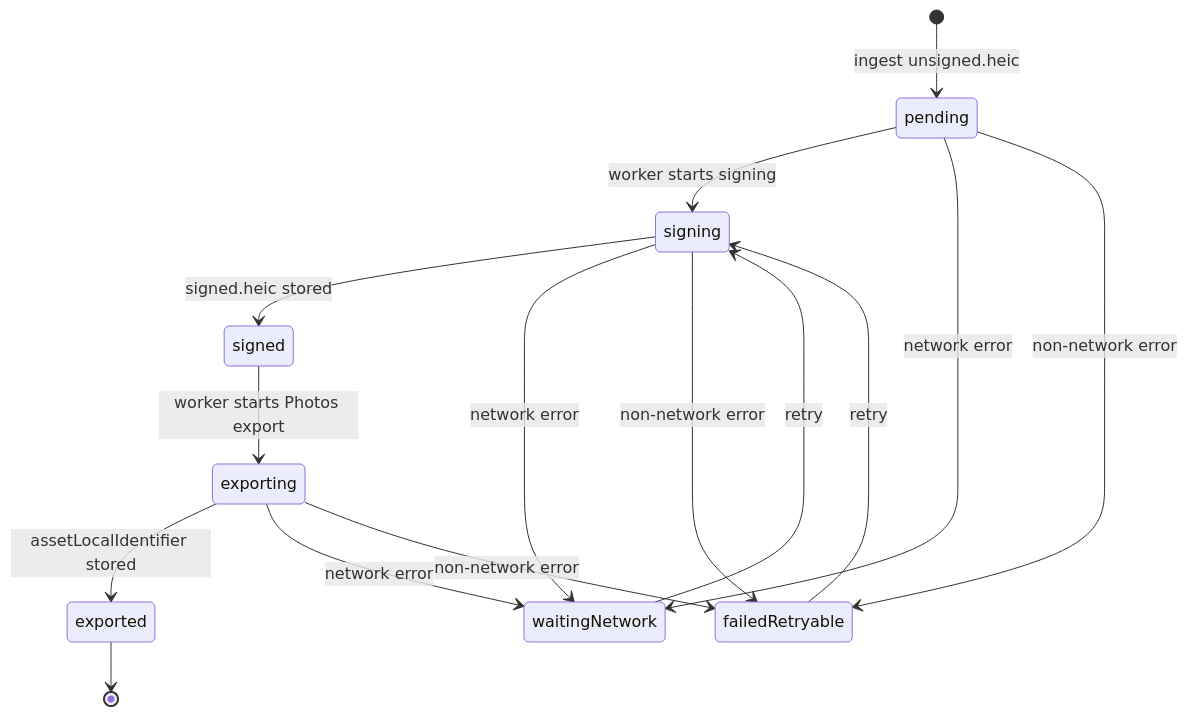
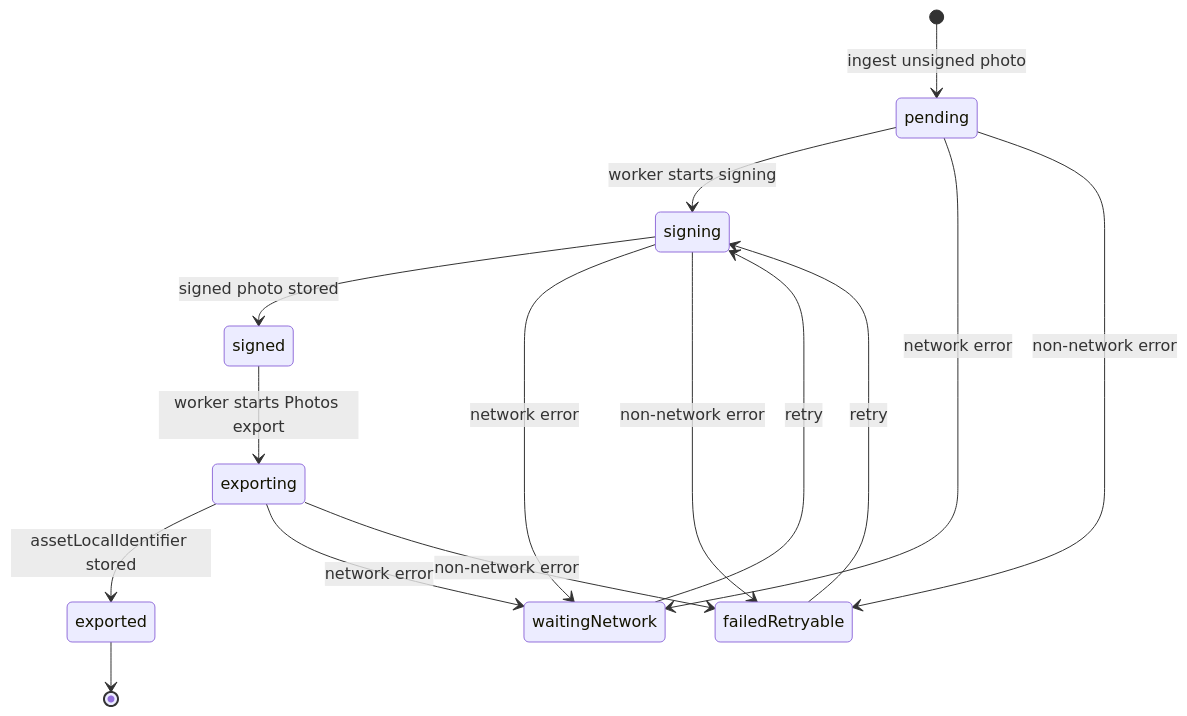
The second of 3 diagrams in TAPCamDemo/TAPLibrary/README.md (TAP-NAP/TAPCamDemo), drawn with Mermaid before and after one commit. The commit also changed other lines of this file and 75 other files, not shown here.

Commit message:
Refine capture and diagnostics flow

````diff
--- a/TAPCamDemo/TAPLibrary/README.md
+++ b/TAPCamDemo/TAPLibrary/README.md
@@ -55,17 +55,17 @@
 ```mermaid
 stateDiagram-v2
-    [*] --> pending: ingest unsigned.heic
+    [*] --> pending: ingest unsigned photo
     pending --> signing: worker starts signing
-    signing --> signed: signed.heic stored
+    signing --> signed: signed photo stored
     signed --> exporting: worker starts Photos export
     exporting --> exported: assetLocalIdentifier stored
     pending --> waitingNetwork: network error
     signing --> waitingNetwork: network error
     exporting --> waitingNetwork: network error
     pending --> failedRetryable: non-network error
     signing --> failedRetryable: non-network error
     exporting --> failedRetryable: non-network error
     waitingNetwork --> signing: retry
     failedRetryable --> signing: retry
     exported --> [*]
 ```
````
